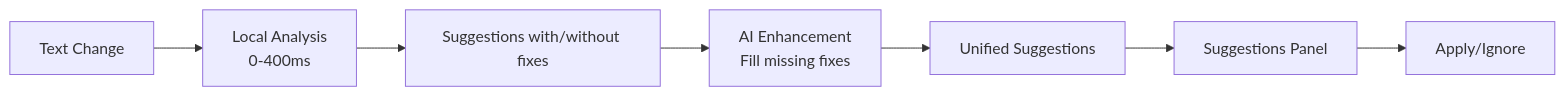
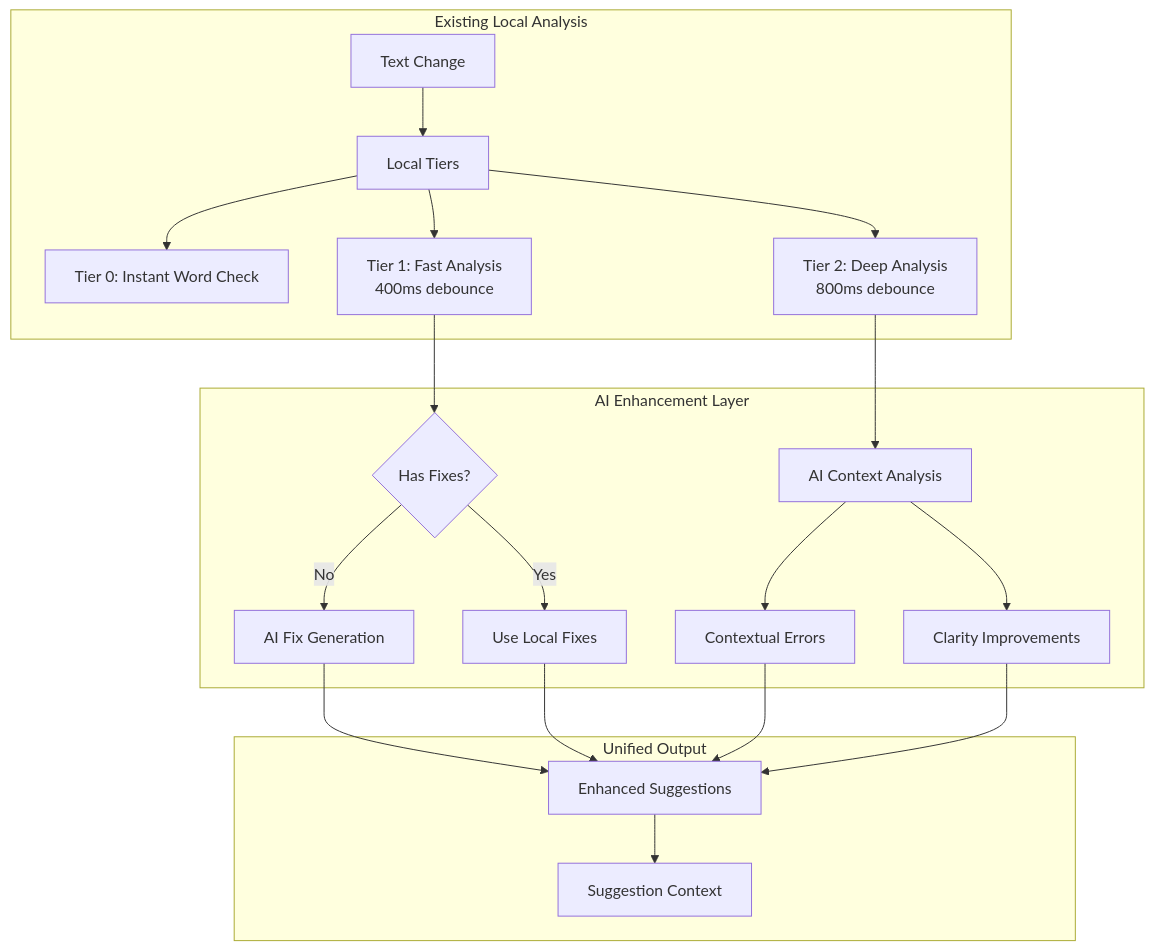
The diagram in .pm/docs/old/epic-2.md (MitchForest/wordwise), drawn with Mermaid before and after one commit. The commit also changed other lines of this file and 13 other files, not shown here.

````diff
--- a/.pm/docs/old/epic-2.md
+++ b/.pm/docs/old/epic-2.md
@@ -9,9 +17,27 @@
 ```mermaid
-graph LR
-    A[Text Change] --> B[Local Analysis<br/>0-400ms]
-    B --> C[Suggestions with/without fixes]
-    C --> D[AI Enhancement<br/>Fill missing fixes]
-    D --> E[Unified Suggestions]
-    E --> F[Suggestions Panel]
-    F --> G[Apply/Ignore]
+graph TD
+    subgraph "Existing Local Analysis"
+        A[Text Change] --> B[Local Tiers]
+        B --> B1[Tier 0: Instant Word Check]
+        B --> B2[Tier 1: Fast Analysis<br/>400ms debounce]
+        B --> B3[Tier 2: Deep Analysis<br/>800ms debounce]
+    end
+    
+    subgraph "AI Enhancement Layer"
+        B2 --> C{Has Fixes?}
+        C -->|No| D[AI Fix Generation]
+        C -->|Yes| E[Use Local Fixes]
+        
+        B3 --> F[AI Context Analysis]
+        F --> G[Contextual Errors]
+        F --> H[Clarity Improvements]
+    end
+    
+    subgraph "Unified Output"
+        D --> I[Enhanced Suggestions]
+        E --> I
+        G --> I
+        H --> I
+        I --> J[Suggestion Context]
+    end
 ```
````
